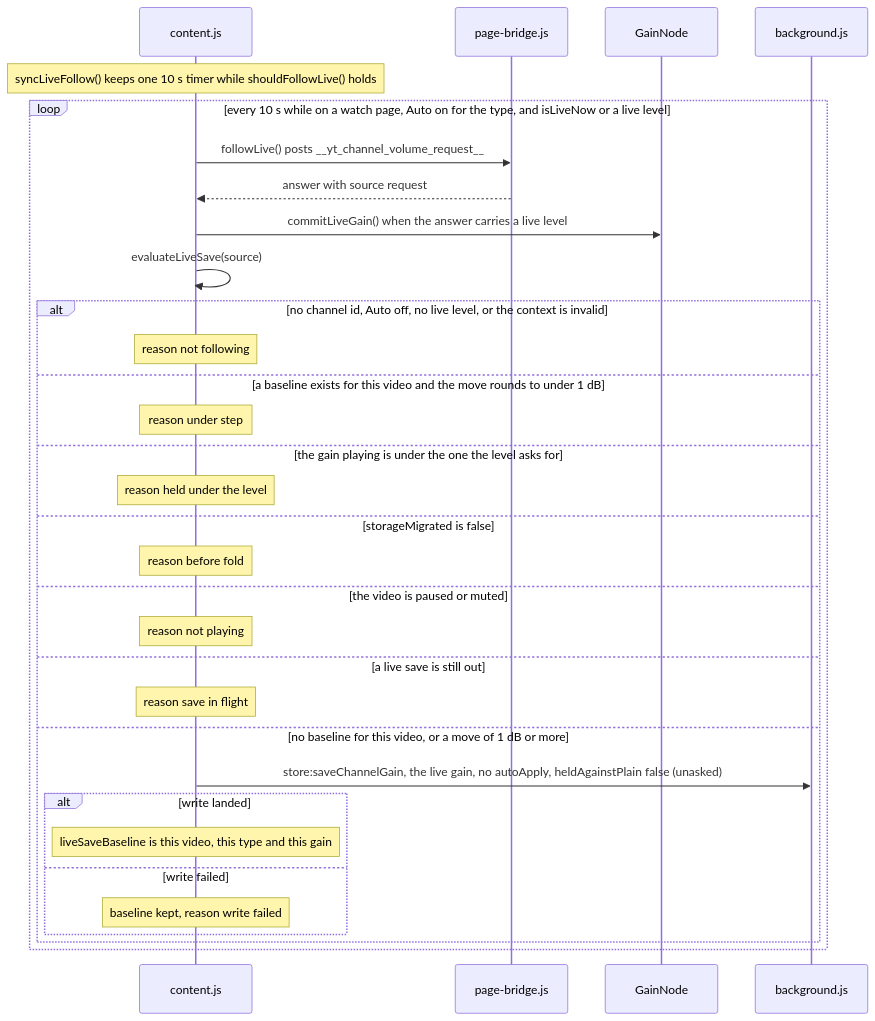
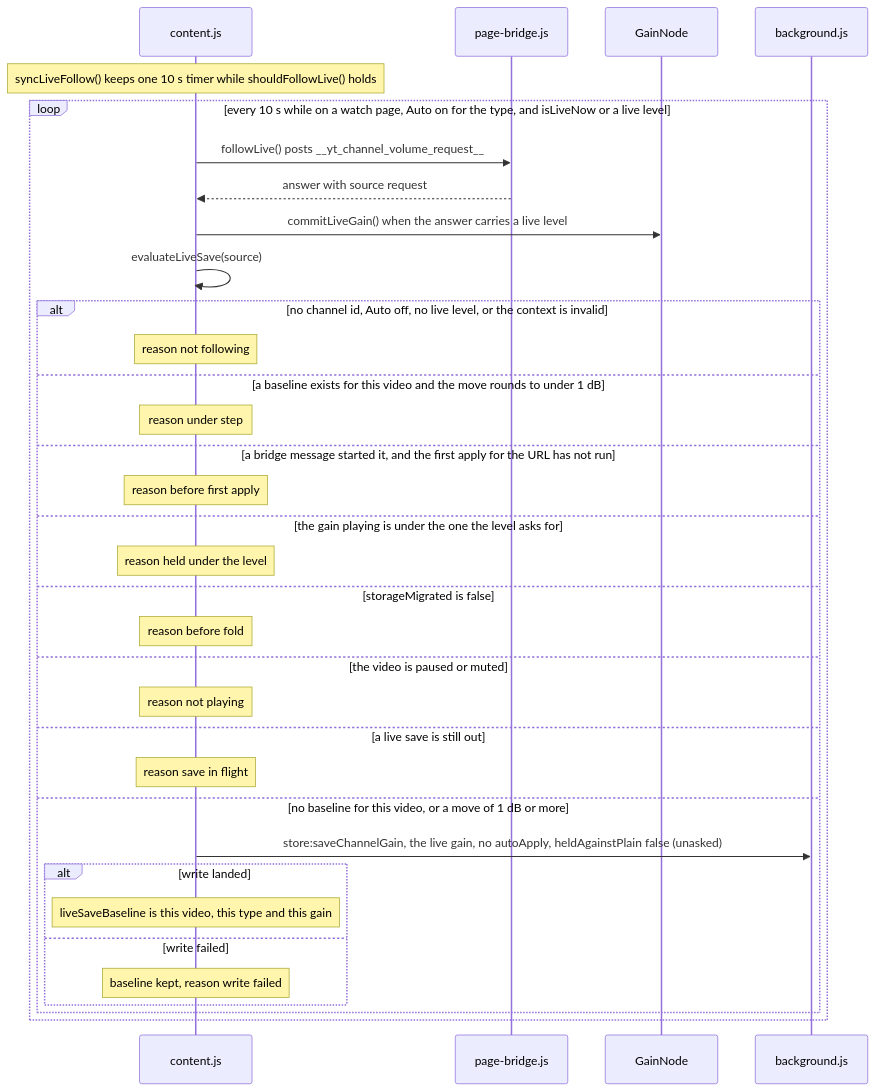
The ninth of 14 diagrams in docs/gain-change-and-save.md (semnil/yt-channel-volume), drawn with Mermaid before and after one commit. The commit also changed other lines of this file and 6 other files, not shown here.

````diff
--- a/docs/gain-change-and-save.md
+++ b/docs/gain-change-and-save.md
@@ -455,34 +455,36 @@
 ```mermaid
 sequenceDiagram
   participant C as content.js
   participant B as page-bridge.js
   participant G as GainNode
   participant W as background.js
   Note over C: syncLiveFollow() keeps one 10 s timer while shouldFollowLive() holds
   loop every 10 s while on a watch page, Auto on for the type, and isLiveNow or a live level
     C->>B: followLive() posts __yt_channel_volume_request__
     B-->>C: answer with source request
     C->>G: commitLiveGain() when the answer carries a live level
     C->>C: evaluateLiveSave(source)
     alt no channel id, Auto off, no live level, or the context is invalid
       Note over C: reason not following
     else a baseline exists for this video and the move rounds to under 1 dB
       Note over C: reason under step
+    else a bridge message started it, and the first apply for the URL has not run
+      Note over C: reason before first apply
     else the gain playing is under the one the level asks for
       Note over C: reason held under the level
     else storageMigrated is false
       Note over C: reason before fold
     else the video is paused or muted
       Note over C: reason not playing
     else a live save is still out
       Note over C: reason save in flight
     else no baseline for this video, or a move of 1 dB or more
       C->>W: store:saveChannelGain, the live gain, no autoApply, heldAgainstPlain false (unasked)
       alt write landed
         Note over C: liveSaveBaseline is this video, this type and this gain
       else write failed
         Note over C: baseline kept, reason write failed
       end
     end
   end
 ```
````
